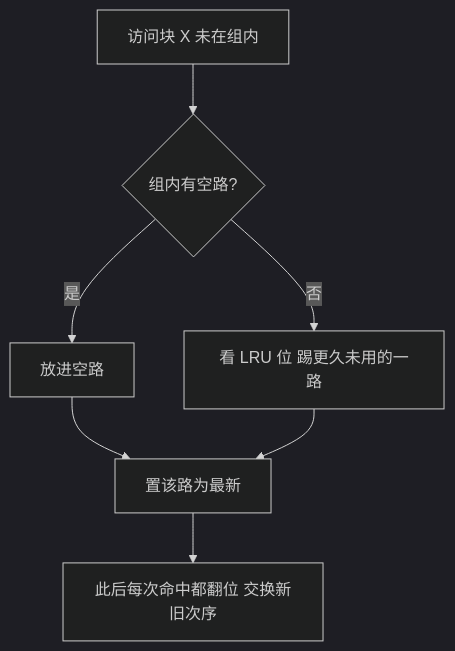
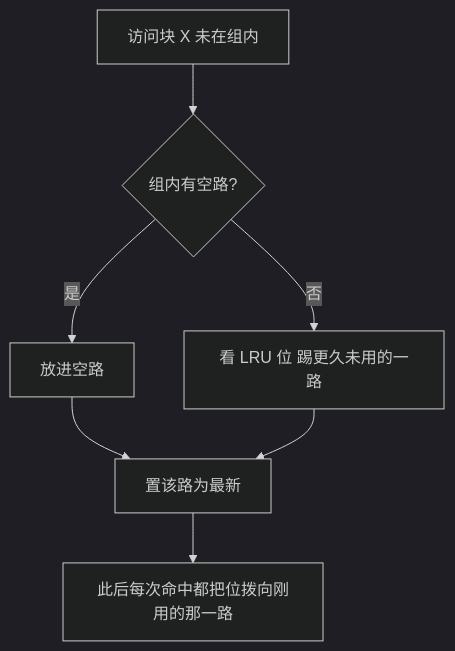
Before and after one commit to xhongduo-tech/xhongduo-tech.github.io: the second of 2 diagrams in docs/cs/set-associative-replace.md, drawn with Mermaid (dark theme). The commit also changed other lines of this file and 5 other files, not shown here.

````diff
--- a/docs/cs/set-associative-replace.md
+++ b/docs/cs/set-associative-replace.md
@@ -51,9 +51,9 @@
 ```mermaid
 flowchart TD
   A["访问块 X 未在组内"] --> B{"组内有空路?"}
   B -- "是" --> C["放进空路"]
   B -- "否" --> D["看 LRU 位 踢更久未用的一路"]
   C --> E["置该路为最新"]
   D --> E
-  E --> F["此后每次命中都翻位 交换新旧次序"]
+  E --> F["此后每次命中都把位拨向刚用的那一路"]
 ```
````
